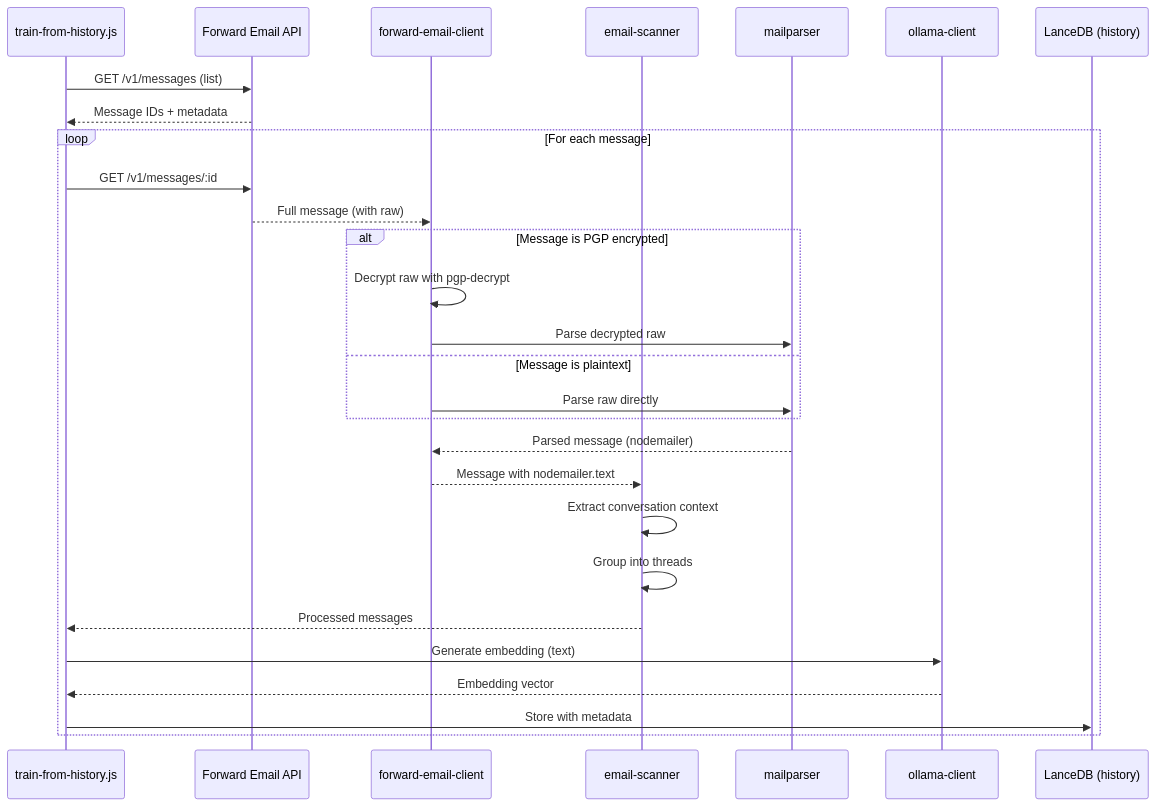
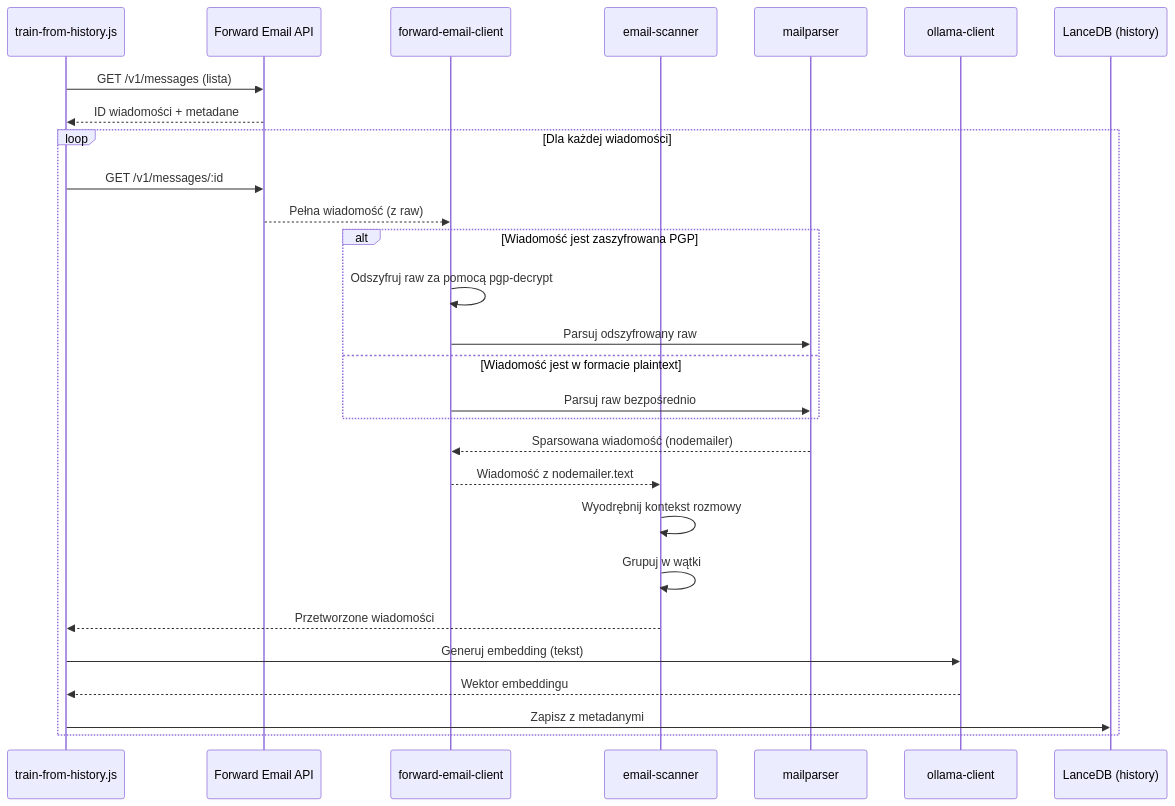
The third of 3 diagrams in app/views/docs/privacy-first-ai-customer-support-agent-lancedb-ollama-nodejs/index-pl.md (forwardemail/forwardemail.net), drawn with Mermaid before and after one commit. The commit also changed other lines of this file and 1055 other files, not shown here.

````diff
--- a/app/views/docs/privacy-first-ai-customer-support-agent-lancedb-ollama-nodejs/index-pl.md
+++ b/app/views/docs/privacy-first-ai-customer-support-agent-lancedb-ollama-nodejs/index-pl.md
@@ -502,35 +503,35 @@
 ```mermaid
 sequenceDiagram
     participant Job as train-from-history.js
     participant API as Forward Email API
     participant Client as forward-email-client
     participant Scanner as email-scanner
     participant Parser as mailparser
     participant Ollama as ollama-client
     participant DB as LanceDB (history)
 
-    Job->>API: GET /v1/messages (list)
-    API-->>Job: Message IDs + metadata
+    Job->>API: GET /v1/messages (lista)
+    API-->>Job: ID wiadomości + metadane
 
-    loop For each message
+    loop Dla każdej wiadomości
         Job->>API: GET /v1/messages/:id
-        API-->>Client: Full message (with raw)
+        API-->>Client: Pełna wiadomość (z raw)
 
-        alt Message is PGP encrypted
-            Client->>Client: Decrypt raw with pgp-decrypt
-            Client->>Parser: Parse decrypted raw
-        else Message is plaintext
-            Client->>Parser: Parse raw directly
+        alt Wiadomość jest zaszyfrowana PGP
+            Client->>Client: Odszyfruj raw za pomocą pgp-decrypt
+            Client->>Parser: Parsuj odszyfrowany raw
+        else Wiadomość jest w formacie plaintext
+            Client->>Parser: Parsuj raw bezpośrednio
         end
 
-        Parser-->>Client: Parsed message (nodemailer)
-        Client-->>Scanner: Message with nodemailer.text
-        Scanner->>Scanner: Extract conversation context
-        Scanner->>Scanner: Group into threads
-        Scanner-->>Job: Processed messages
+        Parser-->>Client: Sparsowana wiadomość (nodemailer)
+        Client-->>Scanner: Wiadomość z nodemailer.text
+        Scanner->>Scanner: Wyodrębnij kontekst rozmowy
+        Scanner->>Scanner: Grupuj w wątki
+        Scanner-->>Job: Przetworzone wiadomości
 
-        Job->>Ollama: Generate embedding (text)
-        Ollama-->>Job: Embedding vector
-        Job->>DB: Store with metadata
+        Job->>Ollama: Generuj embedding (tekst)
+        Ollama-->>Job: Wektor embeddingu
+        Job->>DB: Zapisz z metadanymi
     end
 ```
````
